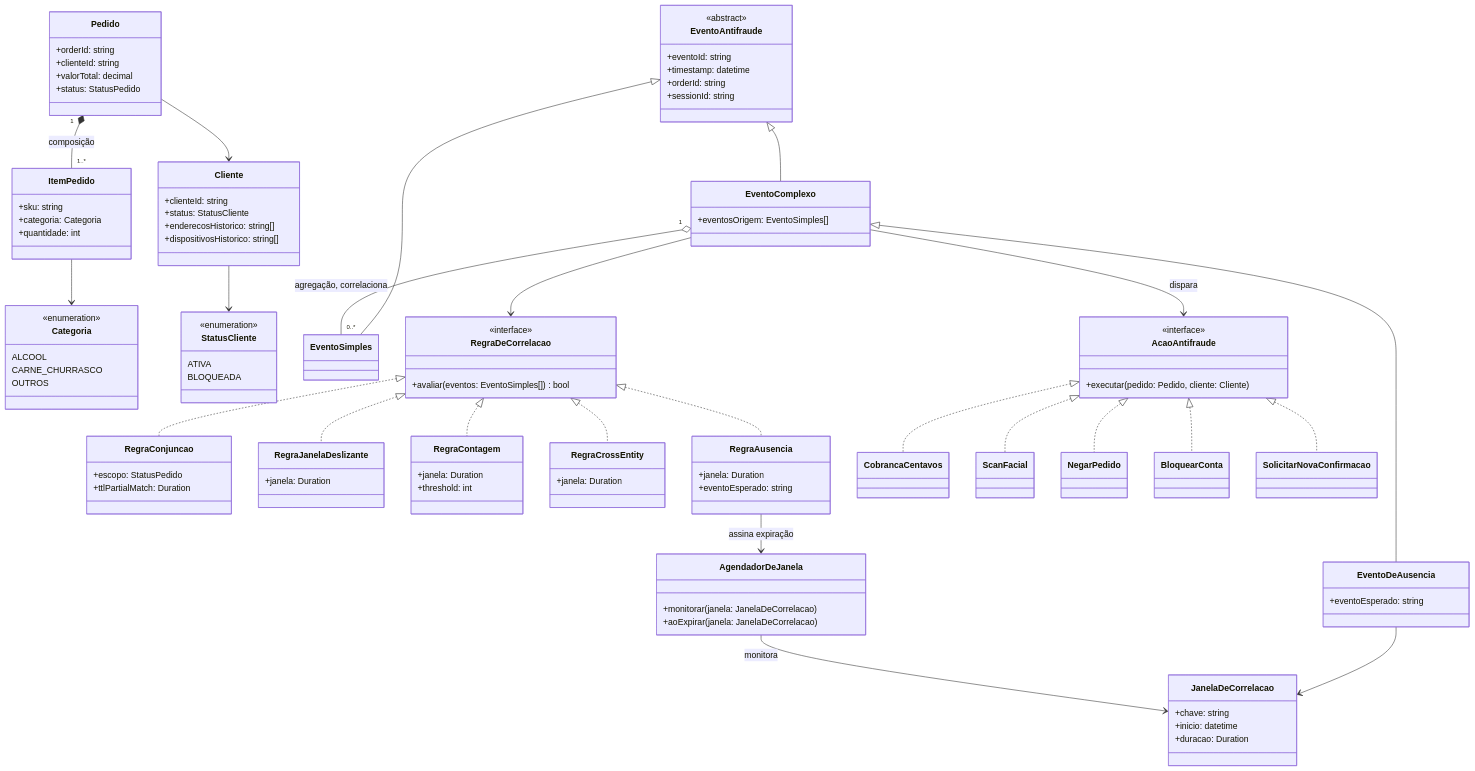
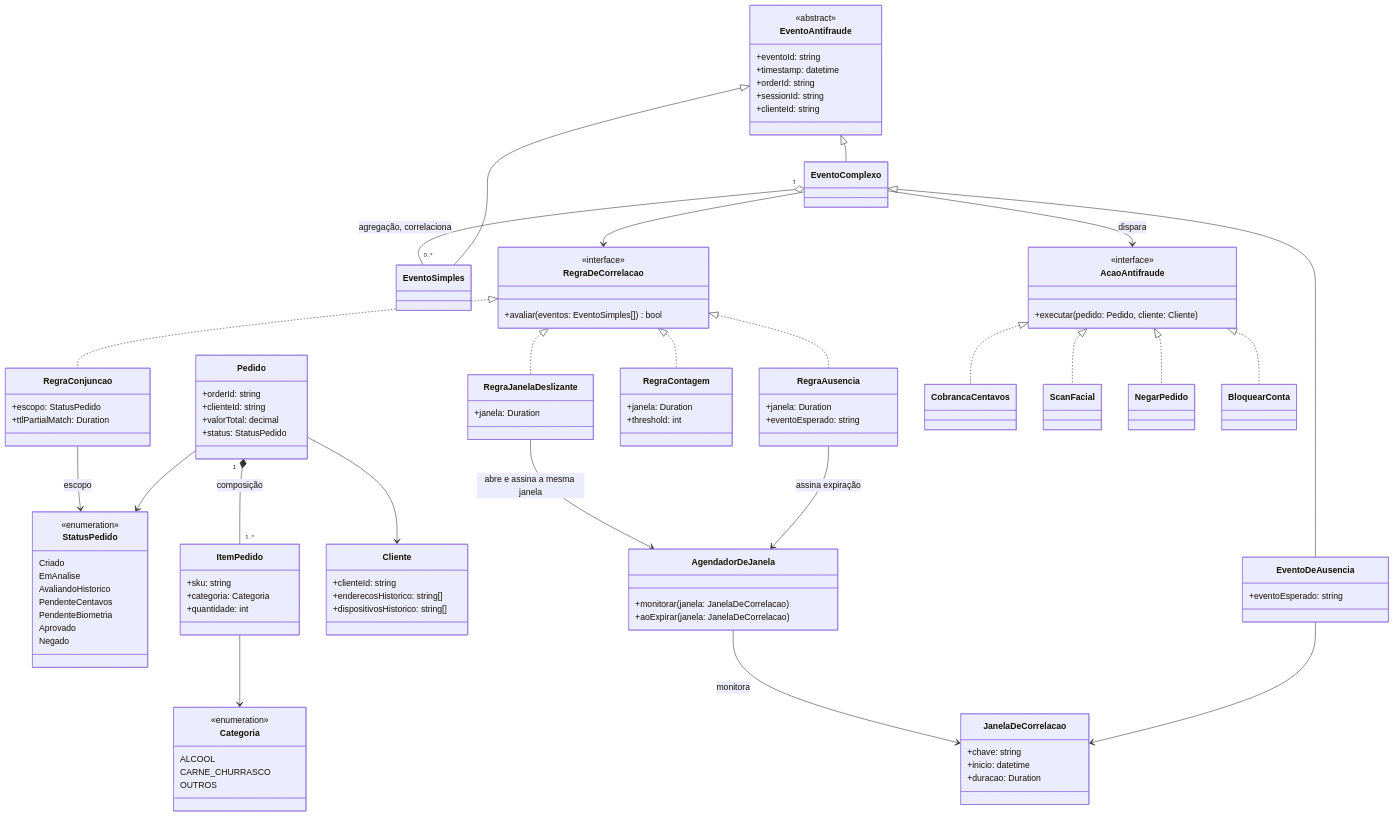
One commit to AndreLobo1/scsdscd changed the first of 6 diagrams in ponderada-cep-antifraude.md. Above: the diagram before and after it, drawn with Mermaid. The commit also changed other lines of this file, not shown here.

````diff
--- a/ponderada-cep-antifraude.md
+++ b/ponderada-cep-antifraude.md
@@ -68,6 +66,16 @@
         +clienteId: string
         +valorTotal: decimal
         +status: StatusPedido
+    }
+    class StatusPedido {
+        <<enumeration>>
+        Criado
+        EmAnalise
+        AvaliandoHistorico
+        PendenteCentavos
+        PendenteBiometria
+        Aprovado
+        Negado
     }
     class ItemPedido {
         +sku: string
@@ -82,14 +90,8 @@
     }
     class Cliente {
         +clienteId: string
-        +status: StatusCliente
         +enderecosHistorico: string[]
         +dispositivosHistorico: string[]
-    }
-    class StatusCliente {
-        <<enumeration>>
-        ATIVA
-        BLOQUEADA
     }
     class EventoAntifraude {
         <<abstract>>
@@ -97,11 +99,10 @@
         +timestamp: datetime
         +orderId: string
         +sessionId: string
+        +clienteId: string
     }
     class EventoSimples
-    class EventoComplexo {
-        +eventosOrigem: EventoSimples[]
-    }
+    class EventoComplexo
     class EventoDeAusencia {
         +eventoEsperado: string
     }
@@ -129,9 +130,6 @@
         +janela: Duration
         +threshold: int
     }
-    class RegraCrossEntity {
-        +janela: Duration
-    }
     class RegraAusencia {
         +janela: Duration
         +eventoEsperado: string
@@ -144,29 +142,28 @@
     class ScanFacial
     class NegarPedido
     class BloquearConta
-    class SolicitarNovaConfirmacao
 
     Pedido "1" *-- "1..*" ItemPedido : composição
     ItemPedido --> Categoria
     Pedido --> Cliente
-    Cliente --> StatusCliente
+    Pedido --> StatusPedido
+    RegraConjuncao --> StatusPedido : escopo
     EventoAntifraude <|-- EventoSimples
     EventoAntifraude <|-- EventoComplexo
     EventoComplexo <|-- EventoDeAusencia
     EventoDeAusencia --> JanelaDeCorrelacao
     AgendadorDeJanela --> JanelaDeCorrelacao : monitora
     RegraAusencia --> AgendadorDeJanela : assina expiração
+    RegraJanelaDeslizante --> AgendadorDeJanela : abre e assina a mesma janela
     EventoComplexo --> RegraDeCorrelacao
     EventoComplexo "1" o-- "0..*" EventoSimples : agregação, correlaciona
     EventoComplexo --> AcaoAntifraude : dispara
     RegraDeCorrelacao <|.. RegraConjuncao
     RegraDeCorrelacao <|.. RegraJanelaDeslizante
     RegraDeCorrelacao <|.. RegraContagem
-    RegraDeCorrelacao <|.. RegraCrossEntity
     RegraDeCorrelacao <|.. RegraAusencia
     AcaoAntifraude <|.. CobrancaCentavos
     AcaoAntifraude <|.. ScanFacial
     AcaoAntifraude <|.. NegarPedido
     AcaoAntifraude <|.. BloquearConta
-    AcaoAntifraude <|.. SolicitarNovaConfirmacao
 ```
````
